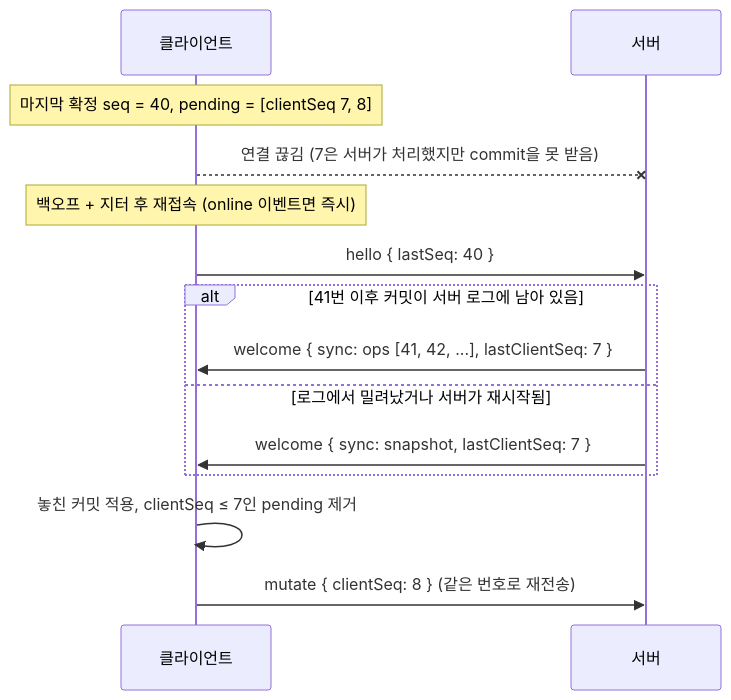
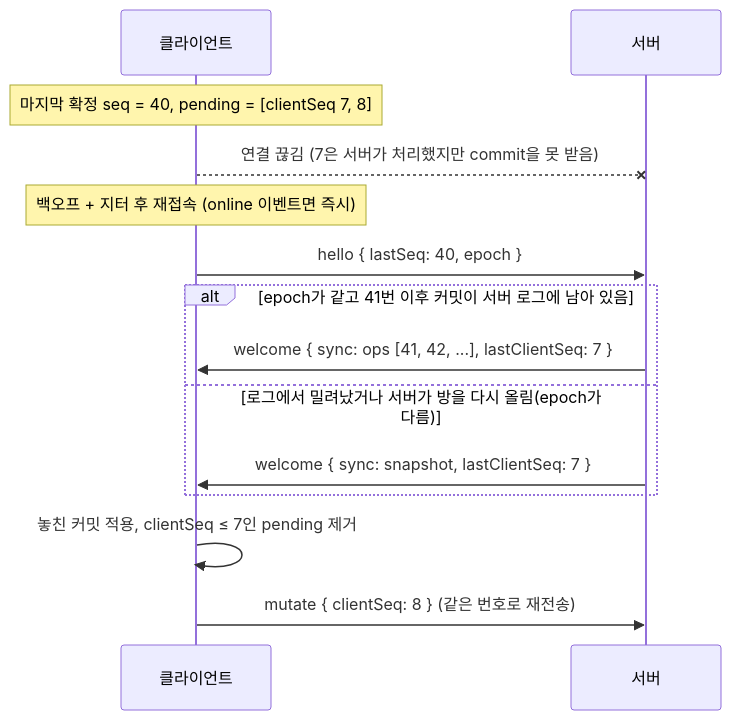
The second of 2 diagrams in docs/protocol.md (Jeonghyeock/collab-whiteboard), drawn with Mermaid before and after one commit. The commit also changed other lines of this file and 4 other files, not shown here.

````diff
--- a/docs/protocol.md
+++ b/docs/protocol.md
@@ -102,16 +102,16 @@
 ```mermaid
 sequenceDiagram
     participant C as 클라이언트
     participant S as 서버
     Note over C: 마지막 확정 seq = 40, pending = [clientSeq 7, 8]
     C--xS: 연결 끊김 (7은 서버가 처리했지만 commit을 못 받음)
     Note over C: 백오프 + 지터 후 재접속 (online 이벤트면 즉시)
-    C->>S: hello { lastSeq: 40 }
-    alt 41번 이후 커밋이 서버 로그에 남아 있음
+    C->>S: hello { lastSeq: 40, epoch }
+    alt epoch가 같고 41번 이후 커밋이 서버 로그에 남아 있음
         S->>C: welcome { sync: ops [41, 42, ...], lastClientSeq: 7 }
-    else 로그에서 밀려났거나 서버가 재시작됨
+    else 로그에서 밀려났거나 서버가 방을 다시 올림(epoch가 다름)
         S->>C: welcome { sync: snapshot, lastClientSeq: 7 }
     end
     C->>C: 놓친 커밋 적용, clientSeq ≤ 7인 pending 제거
     C->>S: mutate { clientSeq: 8 } (같은 번호로 재전송)
 ```
````
